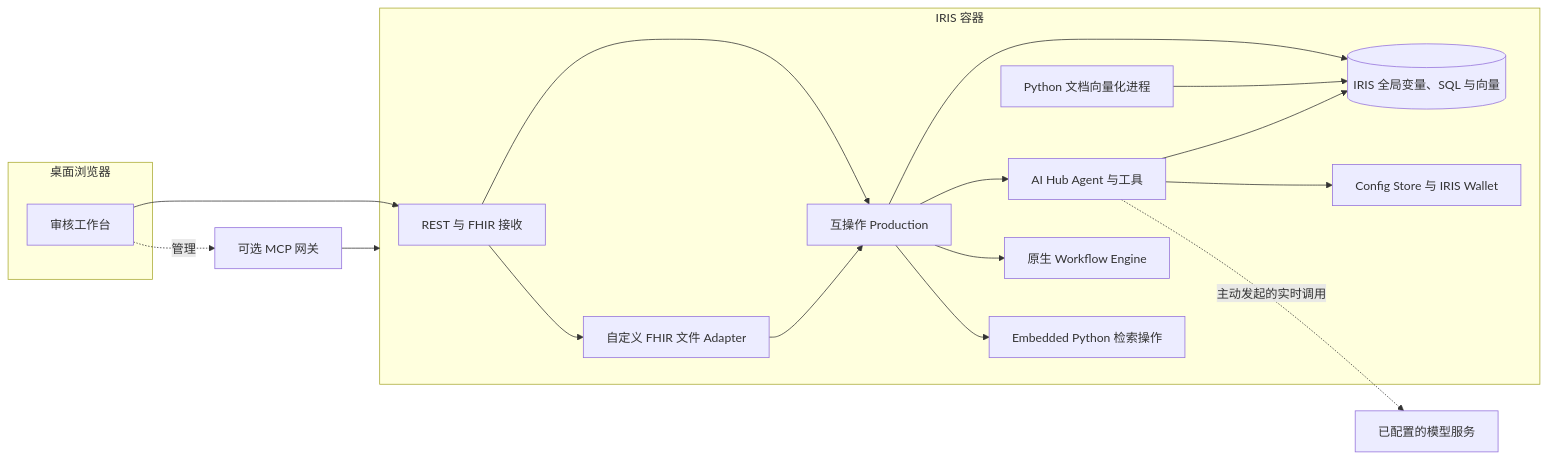
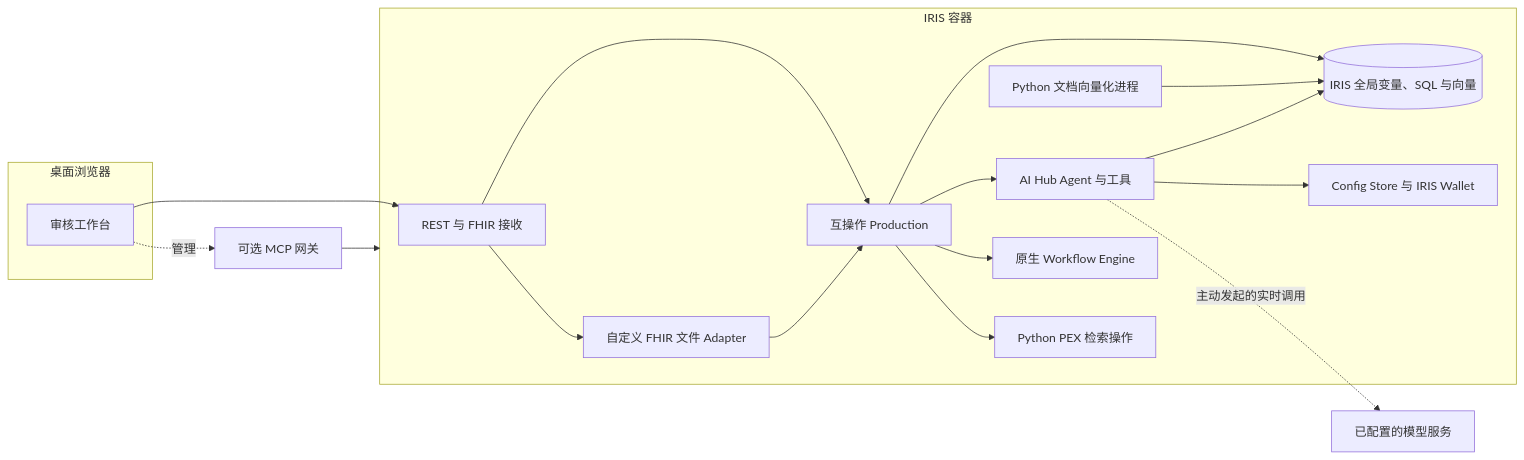
One commit to boanerges1227/MedicalInsuranceAudit changed the second of 2 diagrams in README.zh-CN.md. Above: the diagram before and after it, drawn with Mermaid. The commit also changed other lines of this file and 10 other files, not shown here.

Commit message:
feat: run query embeddings through Python PEX

````diff
--- a/README.zh-CN.md
+++ b/README.zh-CN.md
@@ -81,31 +81,31 @@
 ```mermaid
 flowchart LR
     subgraph Client[桌面浏览器]
         UI[审核工作台]
     end
     subgraph IRIS[IRIS 容器]
         API[REST 与 FHIR 接收]
         ADAPTER[自定义 FHIR 文件 Adapter]
         PROD[互操作 Production]
         AGENT[AI Hub Agent 与工具]
         WORKER[Python 文档向量化进程]
-        EMBED[Embedded Python 检索操作]
+        EMBED[Python PEX 检索操作]
         FLOW[原生 Workflow Engine]
         STORE[(IRIS 全局变量、SQL 与向量)]
         CONFIG[Config Store 与 IRIS Wallet]
         API --> PROD
         API --> ADAPTER
         ADAPTER --> PROD
         PROD --> STORE
         PROD --> AGENT
         PROD --> FLOW
         PROD --> EMBED
         AGENT --> STORE
         AGENT --> CONFIG
         WORKER --> STORE
     end
     UI --> API
     UI -. 管理 .-> GATEWAY[可选 MCP 网关]
     GATEWAY --> IRIS
     AGENT -. 主动发起的实时调用 .-> MODEL[已配置的模型服务]
 ```
````
